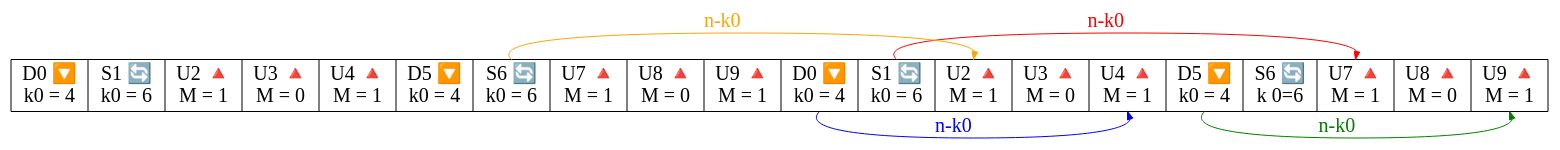
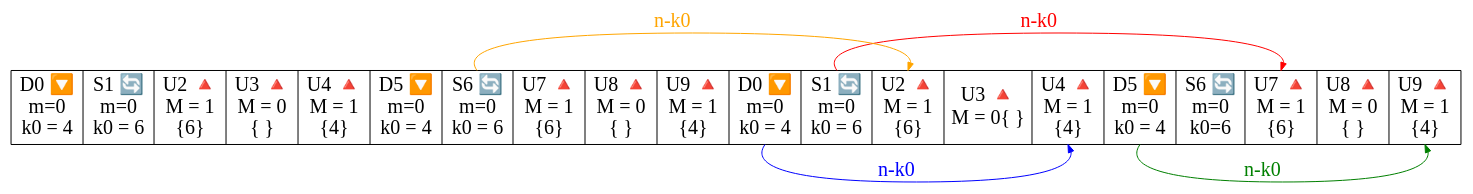
The diagram in static/graphviz/00001.dot (gaosiyan/gaosiyan.github.io), drawn with Graphviz before and after one commit. The commit also changed 5 other files, not shown here.

Commit message:
增加配比 0 和配比 1 HARQ-ACK 反馈时序图

```diff
--- a/static/graphviz/00001.dot
+++ b/static/graphviz/00001.dot
@@ -1,32 +1,32 @@
 // 配比 0 HARQ-ACK 反馈时序
 
 digraph structs {
     node [fontname = "Microsoft YaHei"; fontsize=20; shape = record;]; // 设置全局节点属性
     edge [fontname = "Microsoft YaHei"; fontsize=20; minlen = 2; style = "solid"; arrowsize = 0.8;]; // 设置全局连线属性
 
-    subfrm [label = "<S00> D0 🔽 \n k0 = 4 |
-                     <S01> S1 🔄 \n k0 = 6 |
-                     <S02> U2 🔺 \n M = 1  |
-                     <S03> U3 🔺 \n M = 0  |
-                     <S04> U4 🔺 \n M = 1  |
-                     <S05> D5 🔽 \n k0 = 4 |
-                     <S06> S6 🔄 \n k0 = 6 |
-                     <S07> U7 🔺 \n M = 1  |
-                     <S08> U8 🔺 \n M = 0  |
-                     <S09> U9 🔺 \n M = 1  |
-                     <S10> D0 🔽 \n k0 = 4 |
-                     <S11> S1 🔄 \n k0 = 6 |
-                     <S12> U2 🔺 \n M = 1  |
-                     <S13> U3 🔺 \n M = 0  |
-                     <S14> U4 🔺 \n M = 1  |
-                     <S15> D5 🔽 \n k0 = 4 |
-                     <S16> S6 🔄 \n k 0=6  |
-                     <S17> U7 🔺 \n M = 1  |
-                     <S18> U8 🔺 \n M = 0  |
-                     <S19> U9 🔺 \n M = 1  ";];      
+    subfrm [label = "<S00>D0 🔽\nm=0\nk0 = 4|
+                     <S01>S1 🔄\nm=0\nk0 = 6|
+                     <S02>U2 🔺\nM = 1\n\{6\}|
+                     <S03>U3 🔺\nM = 0\n\{ \}|
+                     <S04>U4 🔺\nM = 1\n\{4\}|
+                     <S05>D5 🔽\nm=0\nk0 = 4|
+                     <S06>S6 🔄\nm=0\nk0 = 6|
+                     <S07>U7 🔺\nM = 1\n\{6\}|
+                     <S08>U8 🔺\nM = 0\n\{ \}|
+                     <S09>U9 🔺\nM = 1\n\{4\}|
+                     <S10>D0 🔽\nm=0\nk0 = 4|
+                     <S11>S1 🔄\nm=0\nk0 = 6|
+                     <S12>U2 🔺\nM = 1\n\{6\}|
+                     <S13>U3 🔺\nM = 0\{ \}|
+                     <S14>U4 🔺\nM = 1\n\{4\}|
+                     <S15>D5 🔽\nm=0\nk0 = 4|
+                     <S16>S6 🔄\nm=0\nk0=6|
+                     <S17>U7 🔺\nM = 1\n\{6\}|
+                     <S18>U8 🔺\nM = 0\n\{ \}|
+                     <S19>U9 🔺\nM = 1\n\{4\}";];      
     
     subfrm:S10:s -> subfrm:S14:s [xlabel = "n-k0"; color = blue; fontcolor = blue;];
     subfrm:S11:n -> subfrm:S17:n [xlabel = "n-k0"; color = red; fontcolor = red;];
     subfrm:S15:s -> subfrm:S19:s [xlabel = "n-k0"; color = green; fontcolor = green;];
     subfrm:S06:n -> subfrm:S12:n [xlabel = "n-k0"; color = orange; fontcolor = orange;];
 }
```
